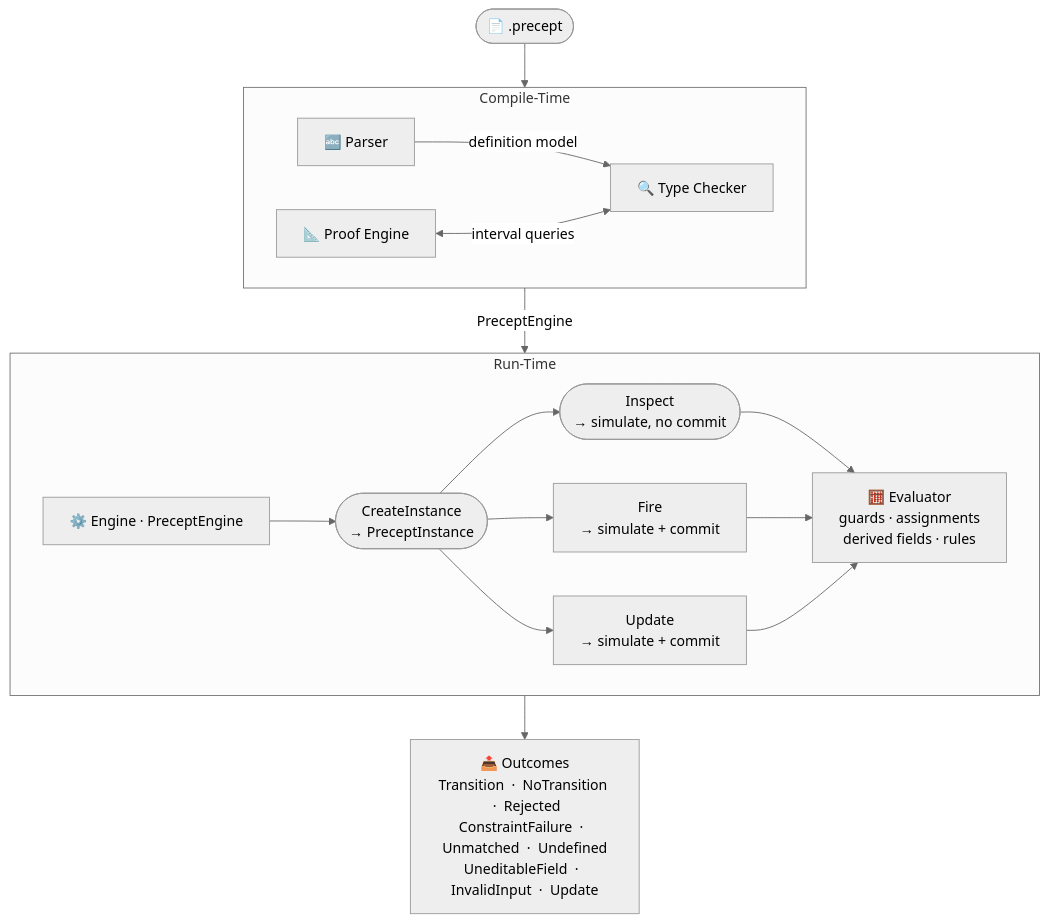
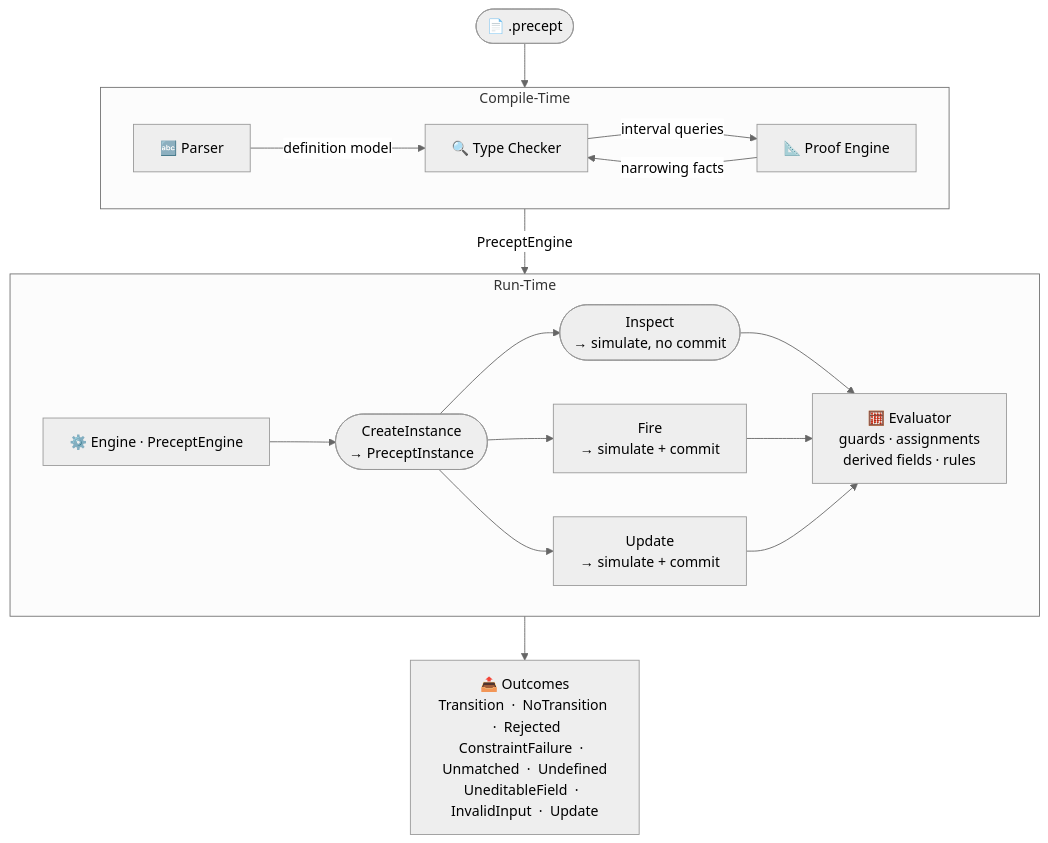
One commit to sfalik/Precept changed the diagram in docs/ArchitectureDesign.md. Above: the diagram before and after it, drawn with Mermaid (neutral theme).

Commit message:
docs: fix Mermaid flowchart rendering — replace bidir arrow with two directed edges

````diff
--- a/docs/ArchitectureDesign.md
+++ b/docs/ArchitectureDesign.md
@@ -21,33 +21,34 @@
 ```mermaid
 flowchart TD
     src(["📄 .precept"])
 
     subgraph CT["Compile-Time"]
         direction LR
         P["🔤 Parser"] -->|definition model| TC["🔍 Type Checker"]
-        PE["📐 Proof Engine"] <-->|interval queries| TC
+        TC -->|interval queries| PE["📐 Proof Engine"]
+        PE -->|narrowing facts| TC
     end
 
     subgraph RT["Run-Time"]
         direction LR
         ENG["⚙️ Engine  ·  PreceptEngine"]
         I1(["CreateInstance\n→ PreceptInstance"])
         I2(["Inspect\n→ simulate, no commit"])
         FIRE["Fire\n→ simulate + commit"]
         UPD["Update\n→ simulate + commit"]
         EVAL["🧮 Evaluator\nguards · assignments\nderived fields · rules"]
         ENG --> I1
         I1 --> I2
         I1 --> FIRE
         I1 --> UPD
         I2 --> EVAL
         FIRE --> EVAL
         UPD --> EVAL
     end
 
     OUT["📤 Outcomes\nTransition  ·  NoTransition  ·  Rejected\nConstraintFailure  ·  Unmatched  ·  Undefined\nUneditableField  ·  InvalidInput  ·  Update"]
 
     src --> P
     TC -->|PreceptEngine| ENG
     EVAL --> OUT
 ```
````
